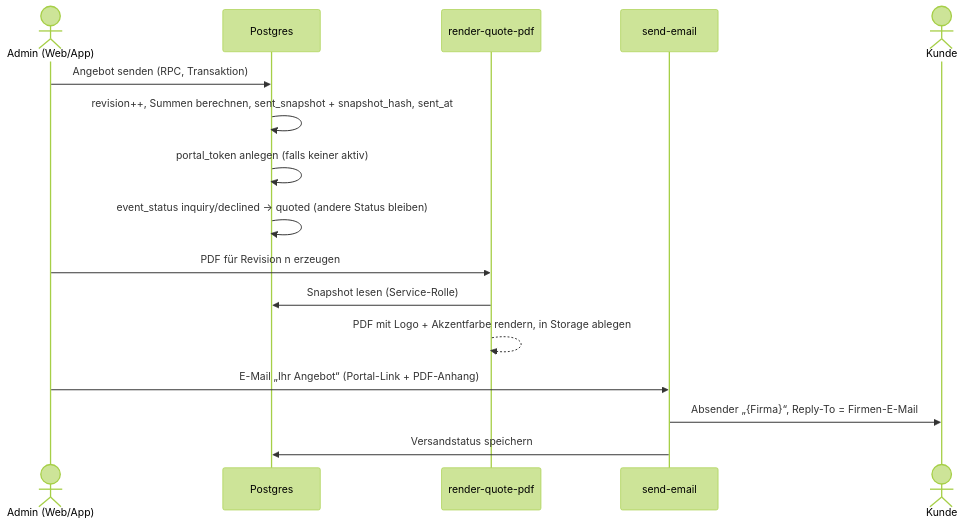
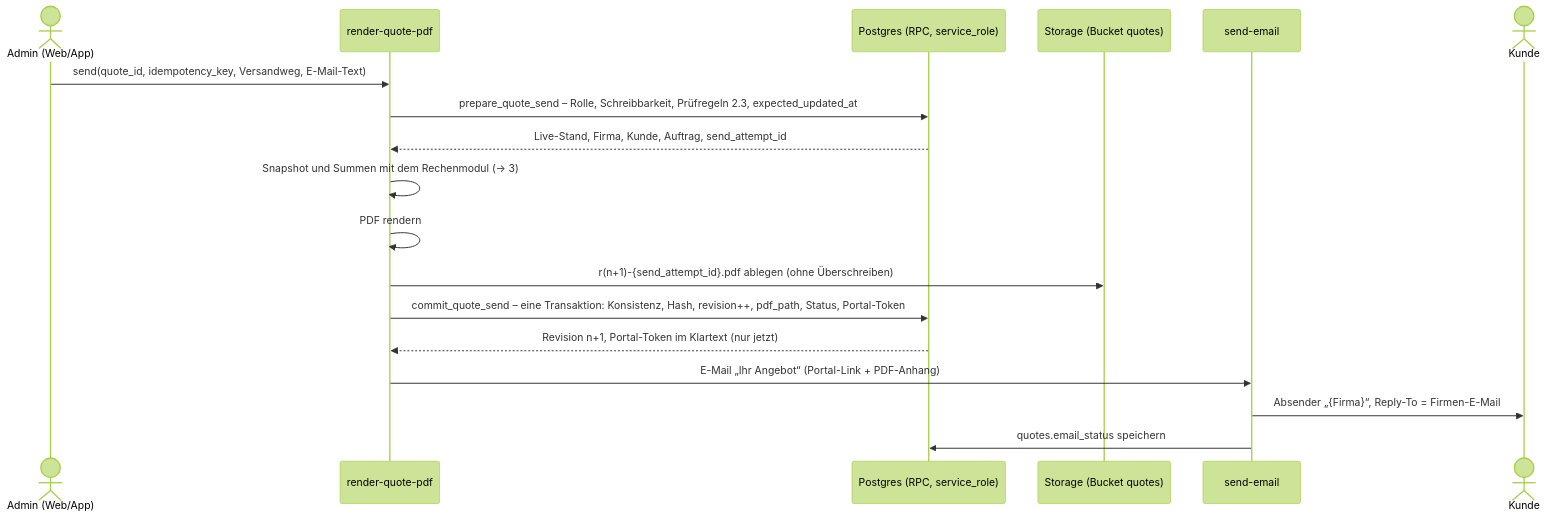
Before and after one commit to Maddin1337/catering-app: the second of 8 diagrams in docs/02-ablaeufe.md, drawn with Mermaid (forest theme). The commit also changed other lines of this file and 5 other files, not shown here.

````diff
--- a/docs/02-ablaeufe.md
+++ b/docs/02-ablaeufe.md
@@ -153,18 +165,20 @@
 ```mermaid
 sequenceDiagram
     actor A as Admin (Web/App)
-    participant DB as Postgres
-    participant PDF as render-quote-pdf
+    participant F as render-quote-pdf
+    participant DB as Postgres (RPC, service_role)
+    participant S as Storage (Bucket quotes)
     participant M as send-email
     actor K as Kunde
-    A->>DB: Angebot senden (RPC, Transaktion)
-    DB->>DB: revision++, Summen berechnen, sent_snapshot + snapshot_hash, sent_at
-    DB->>DB: portal_token anlegen (falls keiner aktiv)
-    DB->>DB: event_status inquiry/declined → quoted (andere Status bleiben)
-    A->>PDF: PDF für Revision n erzeugen
-    PDF->>DB: Snapshot lesen (Service-Rolle)
-    PDF-->>PDF: PDF mit Logo + Akzentfarbe rendern, in Storage ablegen
-    A->>M: E-Mail „Ihr Angebot“ (Portal-Link + PDF-Anhang)
+    A->>F: send(quote_id, idempotency_key, Versandweg, E-Mail-Text)
+    F->>DB: prepare_quote_send – Rolle, Schreibbarkeit, Prüfregeln 2.3, expected_updated_at
+    DB-->>F: Live-Stand, Firma, Kunde, Auftrag, send_attempt_id
+    F->>F: Snapshot und Summen mit dem Rechenmodul (→ 3)
+    F->>F: PDF rendern
+    F->>S: r(n+1)-{send_attempt_id}.pdf ablegen (ohne Überschreiben)
+    F->>DB: commit_quote_send – eine Transaktion: Konsistenz, Hash, revision++, pdf_path, Status, Portal-Token
+    DB-->>F: Revision n+1, Portal-Token im Klartext (nur jetzt)
+    F->>M: E-Mail „Ihr Angebot“ (Portal-Link + PDF-Anhang)
     M->>K: Absender „{Firma}“, Reply-To = Firmen-E-Mail
-    M->>DB: Versandstatus speichern
+    M->>DB: quotes.email_status speichern
 ```
````
